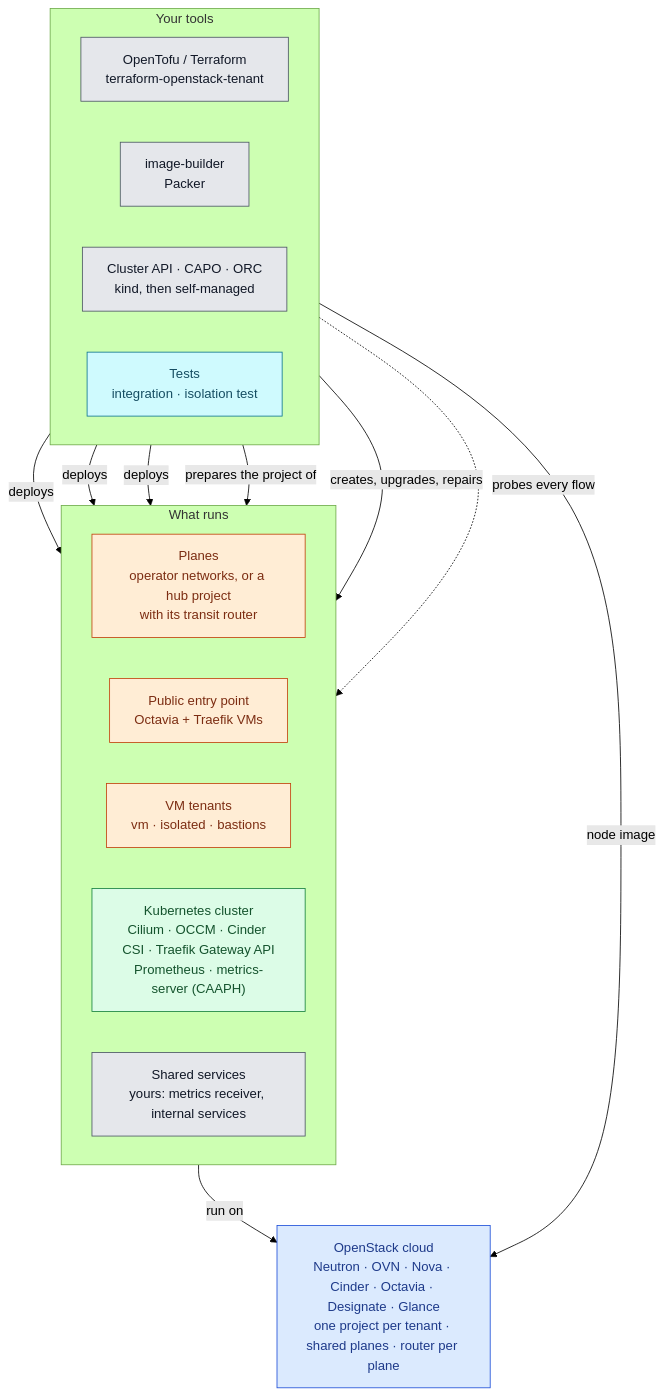
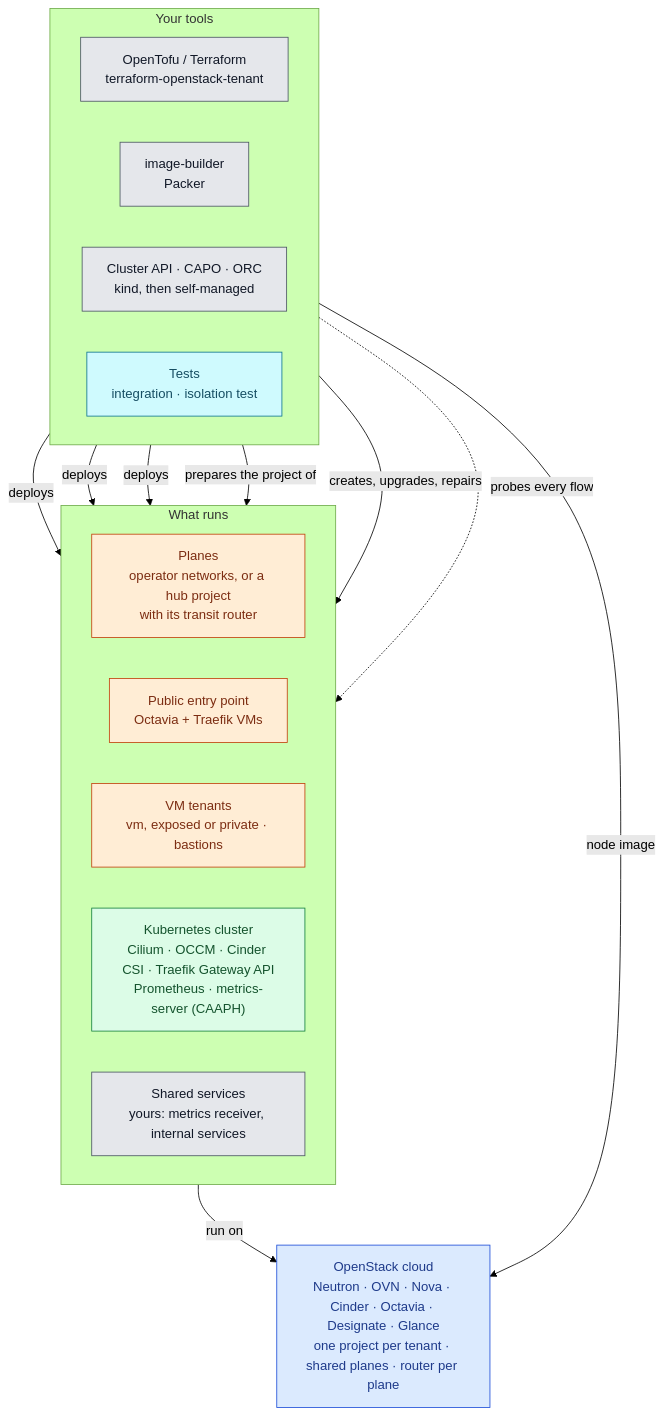
The diagram in docs/concepts/landscape.md (CyprisTech/openstack-multitenant-reference), drawn with Mermaid (forest theme) before and after one commit. The commit also changed 21 other files, not shown here.

First line of the commit message:
Docs: the private tenant, several tenants of a stack, diagrams

````diff
--- a/docs/concepts/landscape.md
+++ b/docs/concepts/landscape.md
@@ -3,38 +3,38 @@
 ```mermaid
 flowchart TB
     subgraph TOOLS["Your tools"]
         direction LR
         TF["OpenTofu / Terraform<br/>terraform-openstack-tenant"]
         IB["image-builder<br/>Packer"]
         CAPI["Cluster API · CAPO · ORC<br/>kind, then self-managed"]
         TEST["Tests<br/>integration · isolation test"]
     end
     subgraph RUN["What runs"]
         direction LR
         PL["Planes<br/>operator networks, or a hub project<br/>with its transit router"]
         EDGE["Public entry point<br/>Octavia + Traefik VMs"]
-        VMT["VM tenants<br/>vm · isolated · bastions"]
+        VMT["VM tenants<br/>vm, exposed or private · bastions"]
         K8S["Kubernetes cluster<br/>Cilium · OCCM · Cinder CSI · Traefik Gateway API<br/>Prometheus · metrics-server (CAAPH)"]
         SHS["Shared services<br/>yours: metrics receiver, internal services"]
     end
     CLOUD["OpenStack cloud<br/>Neutron · OVN · Nova · Cinder · Octavia · Designate · Glance<br/>one project per tenant · shared planes · router per plane"]
 
     TF -->|"deploys"| PL & EDGE & VMT
     TF -->|"prepares the project of"| K8S
     CAPI -->|"creates, upgrades, repairs"| K8S
     TEST -.->|"probes every flow"| RUN
     IB -->|"node image"| CLOUD
     RUN -->|"run on"| CLOUD
 
     classDef tool fill:#e5e7eb,stroke:#4b5563,color:#111827
     classDef infra fill:#dbeafe,stroke:#1d4ed8,color:#1e3a8a
     classDef vm fill:#ffedd5,stroke:#c2410c,color:#7c2d12
     classDef k8s fill:#dcfce7,stroke:#15803d,color:#14532d
     classDef test fill:#cffafe,stroke:#0e7490,color:#164e63
     class TF,IB,CAPI tool
     class CLOUD infra
     class PL,EDGE,VMT vm
     class SHS tool
     class K8S k8s
     class TEST test
 ```
````
